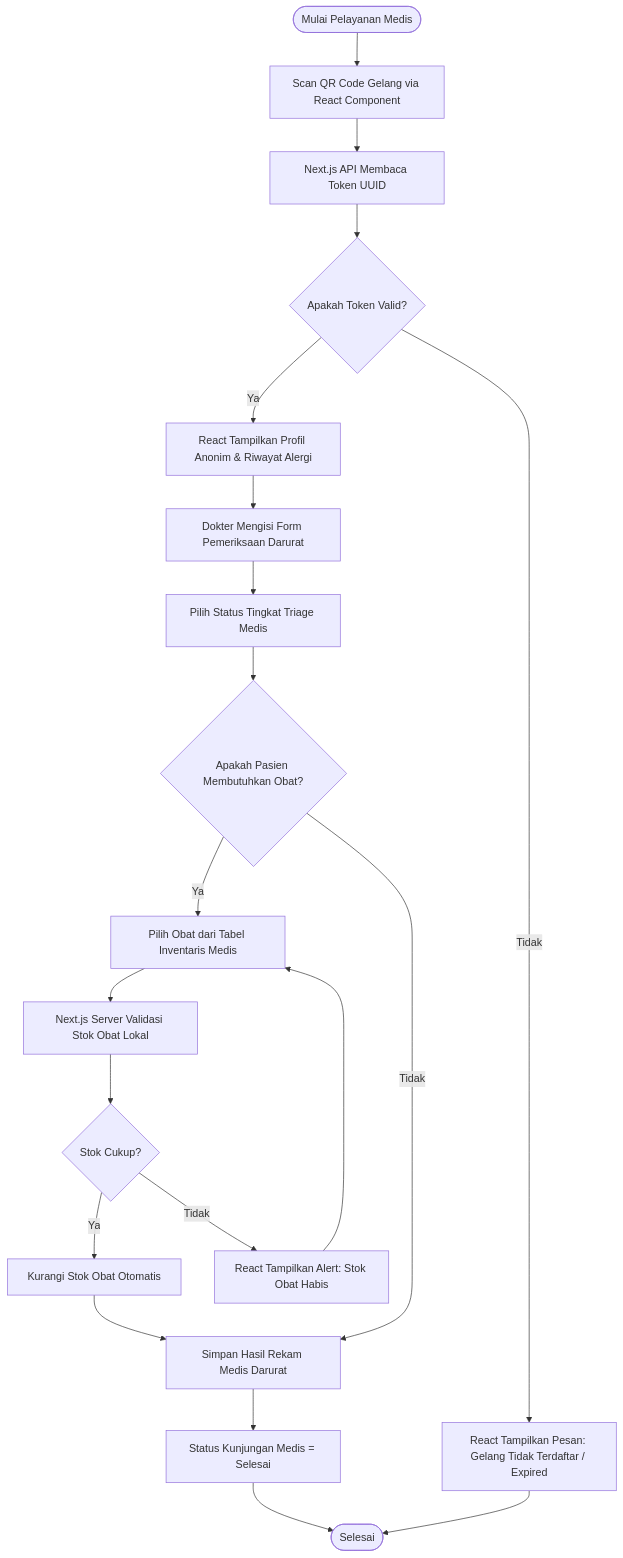
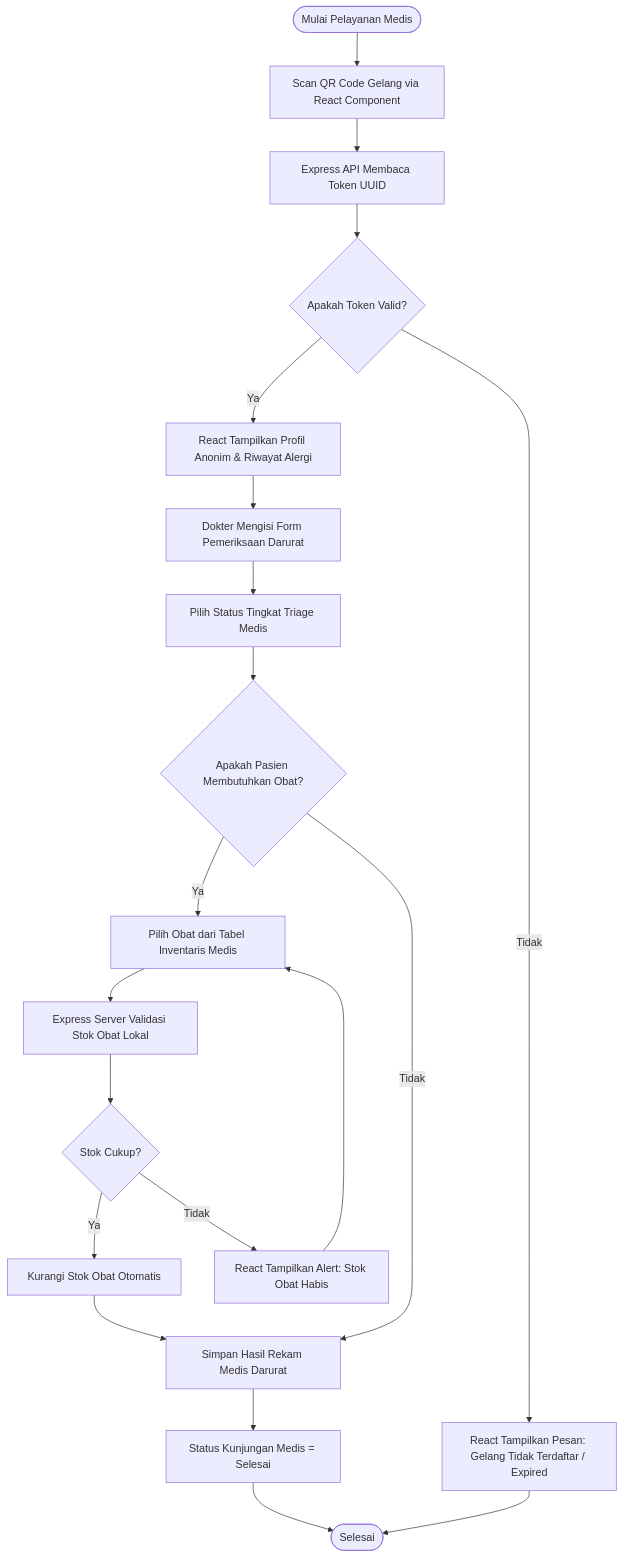
One commit to Mubax5/FITComp changed the third of 8 diagrams in README.md. Above: the diagram before and after it, drawn with Mermaid. The commit also changed other lines of this file, not shown here.

````diff
--- a/README.md
+++ b/README.md
@@ -476,23 +428,23 @@
 ```mermaid
 flowchart TD
     A([Mulai Pelayanan Medis]) --> B[Scan QR Code Gelang via React Component]
-    B --> C[Next.js API Membaca Token UUID]
+    B --> C[Express API Membaca Token UUID]
     C --> D{Apakah Token Valid?}
     D -- Tidak --> E[React Tampilkan Pesan: Gelang Tidak Terdaftar / Expired]
     D -- Ya --> F[React Tampilkan Profil Anonim & Riwayat Alergi]
     F --> G[Dokter Mengisi Form Pemeriksaan Darurat]
     G --> H[Pilih Status Tingkat Triage Medis]
     H --> I{Apakah Pasien Membutuhkan Obat?}
     I -- Ya --> J[Pilih Obat dari Tabel Inventaris Medis]
-    J --> K[Next.js Server Validasi Stok Obat Lokal]
+    J --> K[Express Server Validasi Stok Obat Lokal]
     K --> L{Stok Cukup?}
     L -- Ya --> M[Kurangi Stok Obat Otomatis]
     L -- Tidak --> N[React Tampilkan Alert: Stok Obat Habis]
     N --> J
     M --> O[Simpan Hasil Rekam Medis Darurat]
     I -- Tidak --> O
     O --> P[Status Kunjungan Medis = Selesai]
     P --> Q([Selesai])
     E --> Q
 
 ```
````
